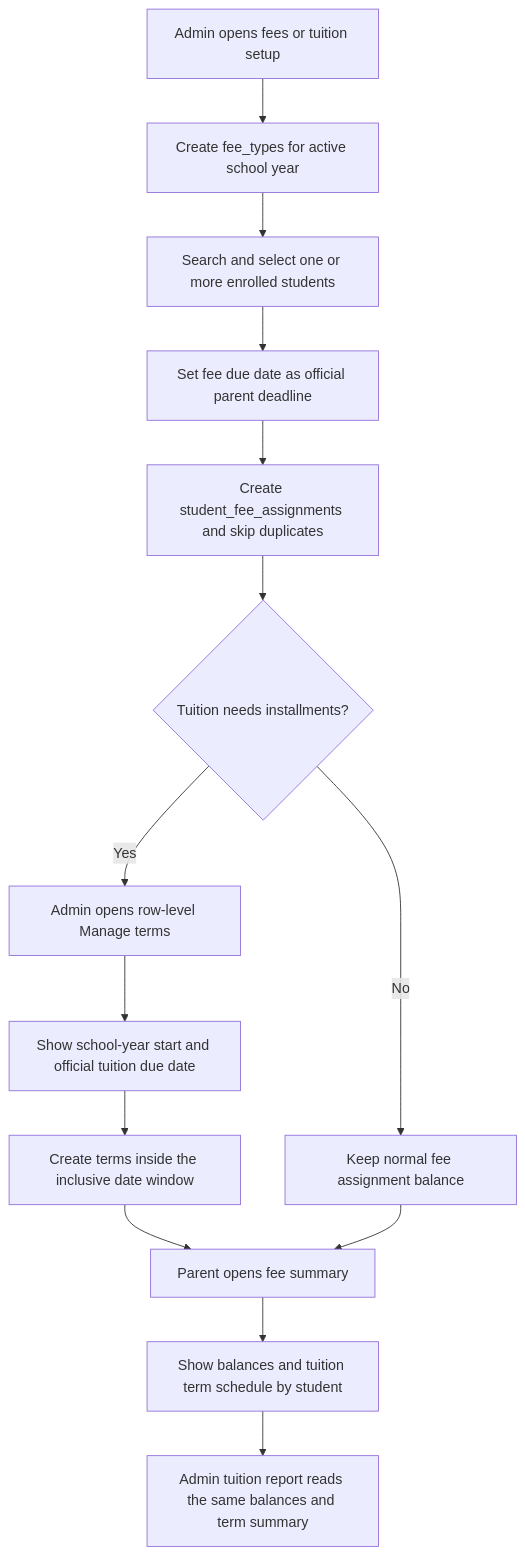
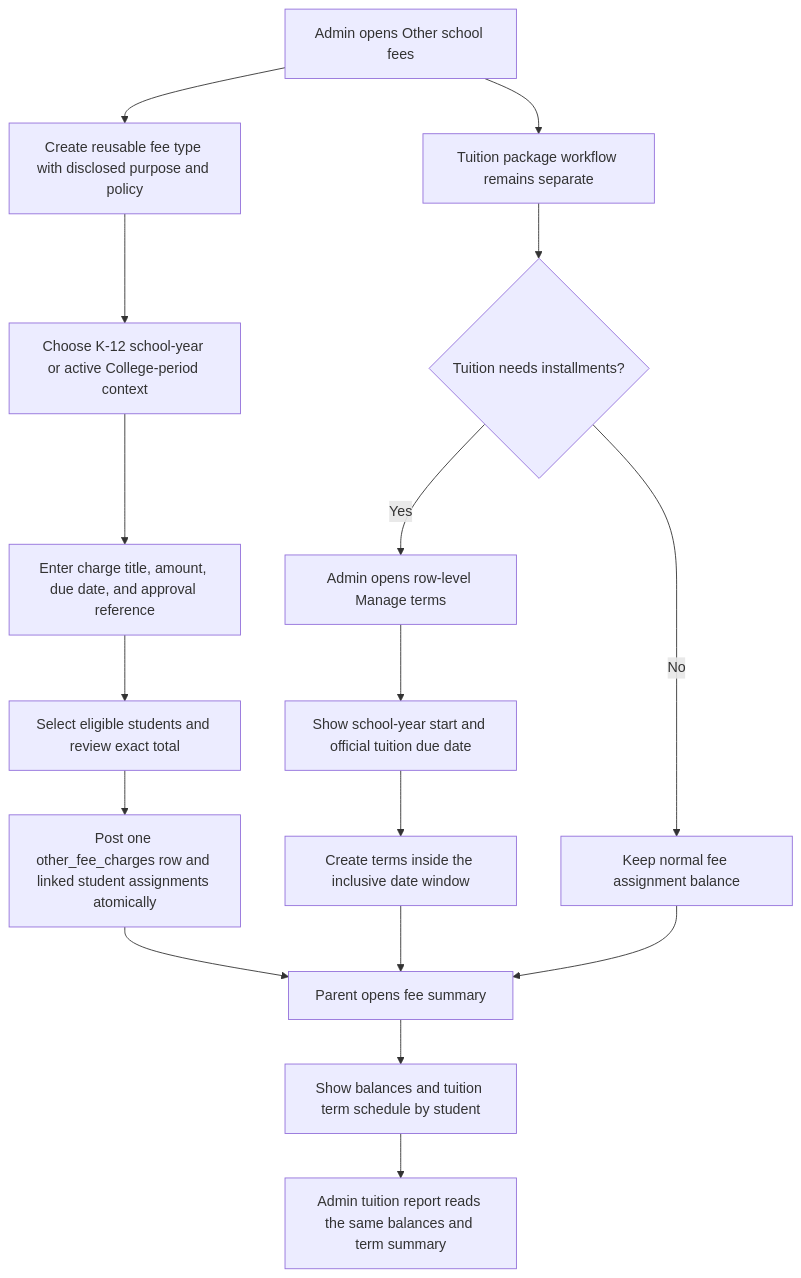
Diagram 19 of 26 in docs/PROJECT_FLOWCHARTS.md (Xeyn19/xmetapay), drawn with Mermaid before and after one commit. The commit also changed other lines of this file and 23 other files, not shown here.

First line of the commit message:
Introduce a structured Other Fees workflow with reusable fee metadata, purpose and audience classifications, collection policies, billing basis, and approval references.

````diff
--- a/docs/PROJECT_FLOWCHARTS.md
+++ b/docs/PROJECT_FLOWCHARTS.md
@@ -640,16 +640,19 @@
 ```mermaid
 flowchart TD
-  A["Admin opens fees or tuition setup"] --> B["Create fee_types for active school year"]
-  B --> C["Search and select one or more enrolled students"]
-  C --> D["Set fee due date as official parent deadline"]
-  D --> E["Create student_fee_assignments and skip duplicates"]
-  E --> F{"Tuition needs installments?"}
+  A["Admin opens Other school fees"] --> B["Create reusable fee type with disclosed purpose and policy"]
+  B --> C["Choose K-12 school-year or active College-period context"]
+  C --> D["Enter charge title, amount, due date, and approval reference"]
+  D --> E["Select eligible students and review exact total"]
+  E --> N["Post one other_fee_charges row and linked student assignments atomically"]
+  N --> J["Parent sees the snapshotted non-tuition charge and balance"]
+  A --> O["Tuition package workflow remains separate"]
+  O --> F{"Tuition needs installments?"}
   F -->|Yes| G["Admin opens row-level Manage terms"]
   G --> H["Show school-year start and official tuition due date"]
   H --> M["Create terms inside the inclusive date window"]
   F -->|No| I["Keep normal fee assignment balance"]
   M --> J["Parent opens fee summary"]
   I --> J
   J --> K["Show balances and tuition term schedule by student"]
   K --> L["Admin tuition report reads the same balances and term summary"]
 ```
````
